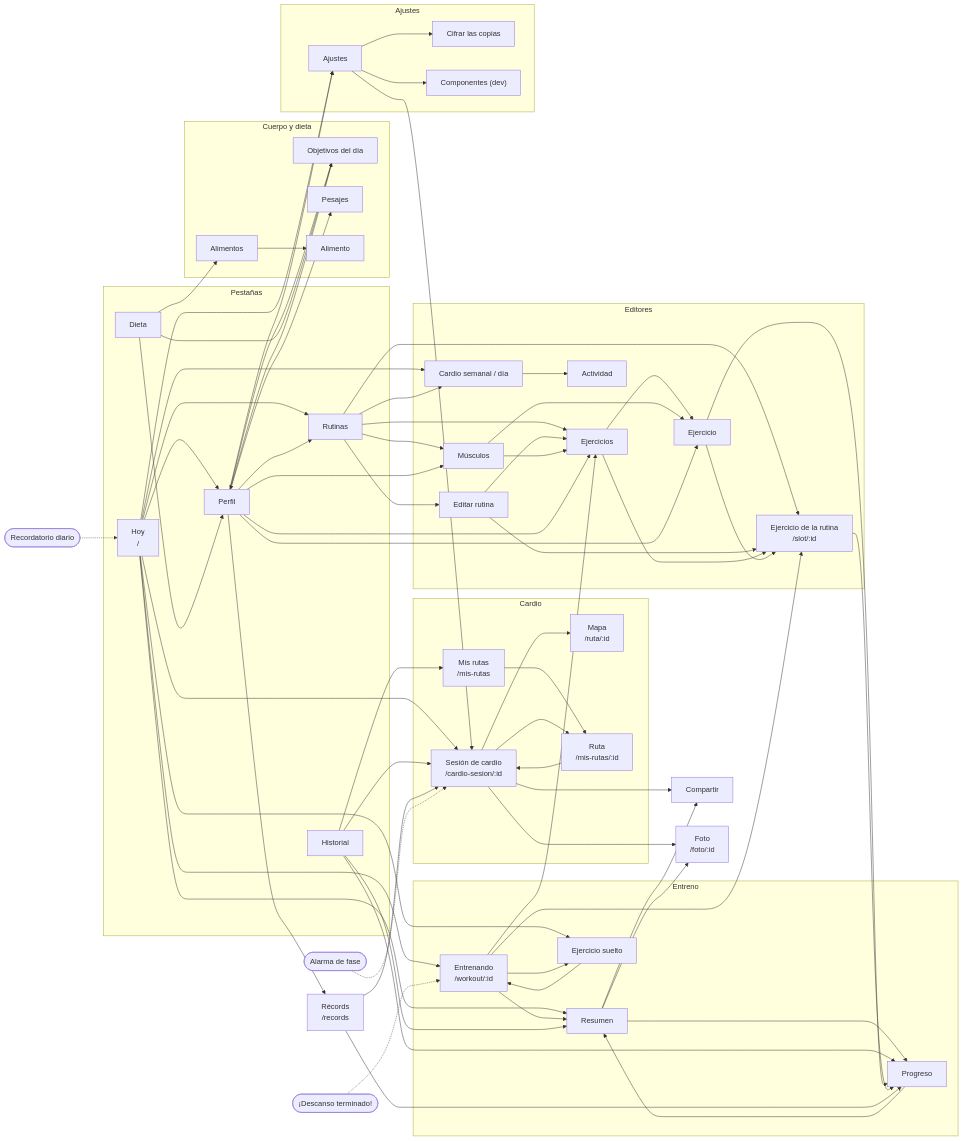
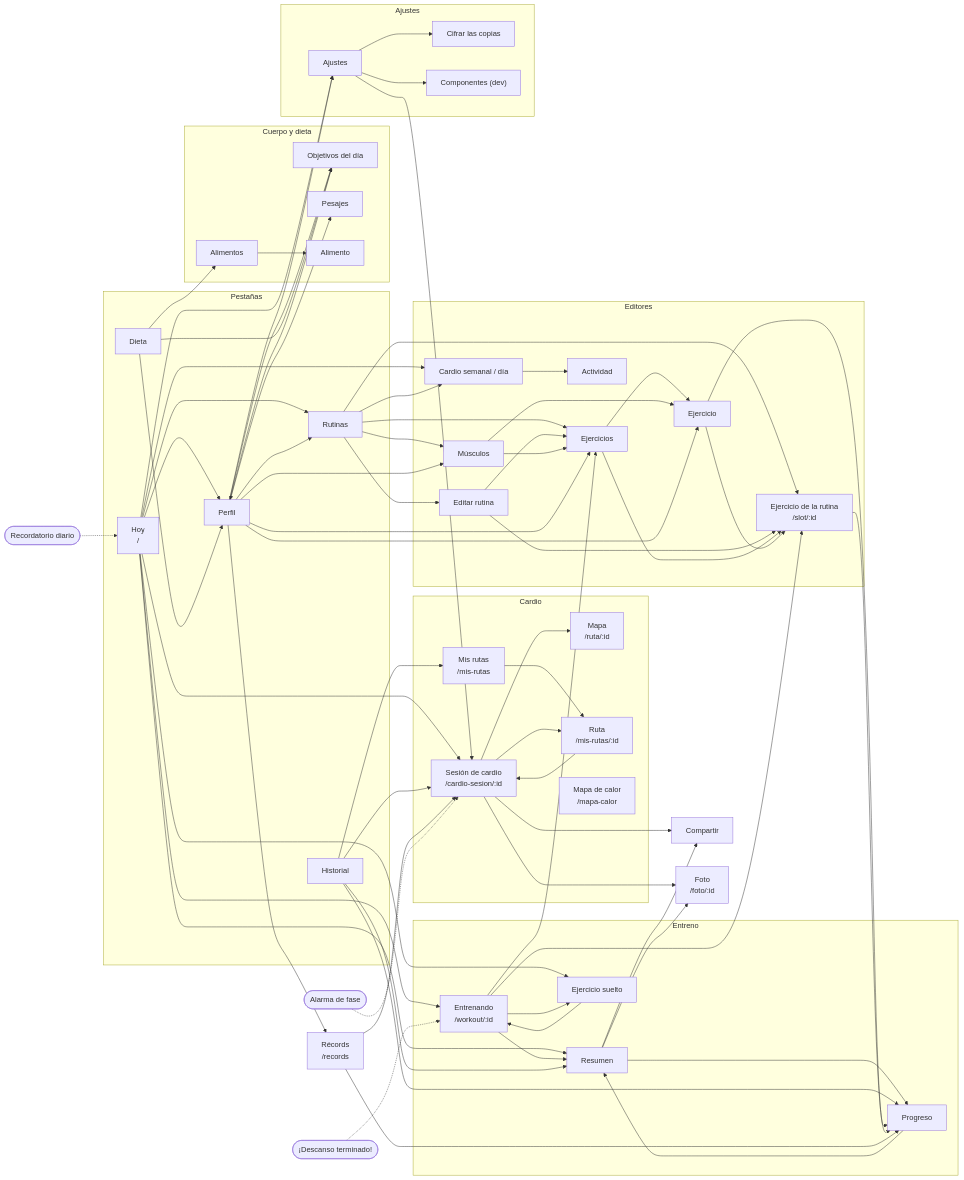
One commit to fabgs/asistente-entrenamiento changed the third of 11 diagrams in ARCHITECTURE.md. Above: the diagram before and after it, drawn with Mermaid. The commit also changed other lines of this file and 40 other files, not shown here.

```diff
--- a/ARCHITECTURE.md
+++ b/ARCHITECTURE.md
@@ -465,6 +478,7 @@
     MAP["Mapa<br/>/ruta/:id"]
     MR["Mis rutas<br/>/mis-rutas"]
     RT["Ruta<br/>/mis-rutas/:id"]
+    HM["Mapa de calor<br/>/mapa-calor"]
   end
   SHARE["Compartir"]
   FOTO["Foto<br/>/foto/:id"]
```
